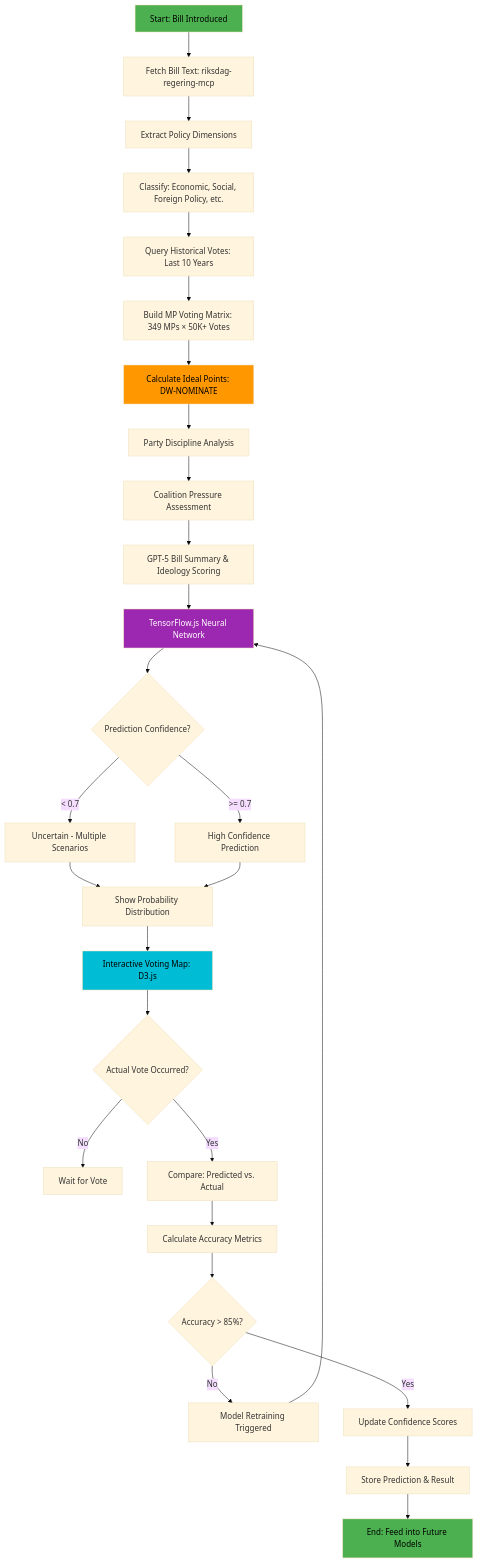
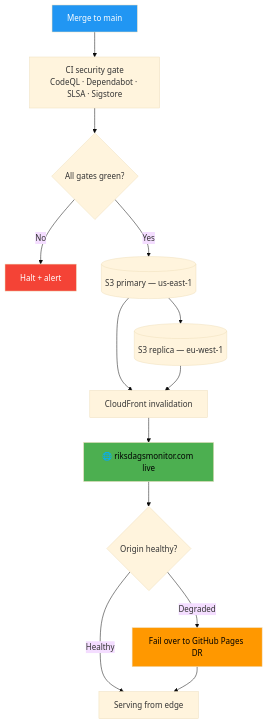
The seventh of 24 diagrams in FUTURE_FLOWCHART.md (Hack23/riksdagsmonitor), drawn with Mermaid (base theme) before and after one commit. The commit also changed other lines of this file and 5 other files, not shown here.

Commit message:
Rewrite FUTURE_DATA_MODEL.md as three-horizon data architecture (v3.0)

````diff
--- a/FUTURE_FLOWCHART.md
+++ b/FUTURE_FLOWCHART.md
@@ -325,45 +279,20 @@
 ```mermaid
 flowchart TD
-    A[Start: Bill Introduced] --> B[Fetch Bill Text: riksdag-regering-mcp]
-    B --> C[Extract Policy Dimensions]
-    C --> D[Classify: Economic, Social, Foreign Policy, etc.]
-    
-    D --> E[Query Historical Votes: Last 10 Years]
-    E --> F[Build MP Voting Matrix: 349 MPs × 50K+ Votes]
-    
-    F --> G[Calculate Ideal Points: DW-NOMINATE]
-    G --> H[Party Discipline Analysis]
-    H --> I[Coalition Pressure Assessment]
-    
-    I --> J[GPT-5 Bill Summary & Ideology Scoring]
-    J --> K[TensorFlow.js Neural Network]
-    K --> L{Prediction Confidence?}
-    
-    L -->|< 0.7| M[Uncertain - Multiple Scenarios]
-    L -->|>= 0.7| N[High Confidence Prediction]
-    
-    M --> O[Show Probability Distribution]
-    N --> O
-    
-    O --> P[Interactive Voting Map: D3.js]
-    P --> Q{Actual Vote Occurred?}
-    
-    Q -->|No| R[Wait for Vote]
-    Q -->|Yes| S[Compare: Predicted vs. Actual]
-    
-    S --> T[Calculate Accuracy Metrics]
-    T --> U{Accuracy > 85%?}
-    
-    U -->|No| V[Model Retraining Triggered]
-    V --> K
-    
-    U -->|Yes| W[Update Confidence Scores]
-    W --> X[Store Prediction & Result]
-    X --> Y[End: Feed into Future Models]
-    
-    style A fill:#4caf50,color:#000000
-    style G fill:#ff9800,color:#000000
-    style K fill:#9c27b0,color:#ffffff
-    style P fill:#00bcd4,color:#000000
-    style Y fill:#4caf50,color:#000000
+    MERGE[Merge to main] --> CIGATE[CI security gate<br/>CodeQL · Dependabot · SLSA · Sigstore]
+    CIGATE --> OK{All gates green?}
+    OK -->|No| HALT[Halt + alert]
+    OK -->|Yes| S3P[(S3 primary — us-east-1)]
+    S3P --> REPL[(S3 replica — eu-west-1)]
+    S3P --> CF[CloudFront invalidation]
+    REPL --> CF
+    CF --> PROD[🌐 riksdagsmonitor.com live]
+    PROD --> HEALTH{Origin healthy?}
+    HEALTH -->|Degraded| DR[Fail over to GitHub Pages DR]
+    HEALTH -->|Healthy| DONE[Serving from edge]
+    DR --> DONE
+
+    style MERGE fill:#2196f3,color:#ffffff
+    style HALT fill:#f44336,color:#ffffff
+    style PROD fill:#4caf50,color:#000000
+    style DR fill:#ff9800,color:#000000
 ```
````
